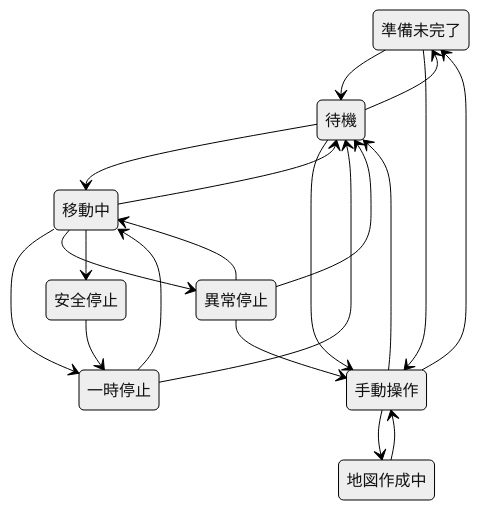
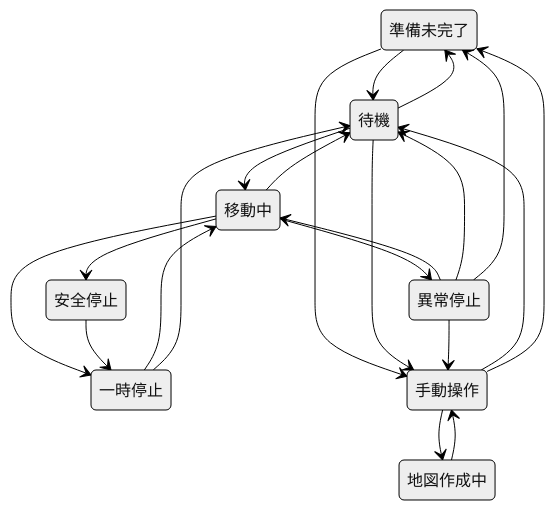
The second of 2 diagrams in doc/locomotion_spec.md (HiroshiKumagai/navigation_ws), drawn with Mermaid (neutral theme) before and after one commit. The commit also changed other lines of this file and 2 other files, not shown here.

````diff
--- a/doc/locomotion_spec.md
+++ b/doc/locomotion_spec.md
@@ -91,22 +91,23 @@
 ```mermaid
 stateDiagram-v2
   準備未完了 --> 待機
   待機 --> 準備未完了
   待機 --> 移動中
   移動中 --> 待機
   移動中 --> 一時停止
   一時停止 --> 移動中
   一時停止 --> 待機
   移動中 --> 異常停止
   異常停止 --> 移動中
   異常停止 --> 待機
+  異常停止 --> 準備未完了
   移動中 --> 安全停止
   安全停止 --> 一時停止
   準備未完了 --> 手動操作
   待機 --> 手動操作
   異常停止 --> 手動操作
   手動操作 --> 待機
   手動操作 --> 準備未完了
   手動操作 --> 地図作成中
   地図作成中 --> 手動操作
 ```
````
